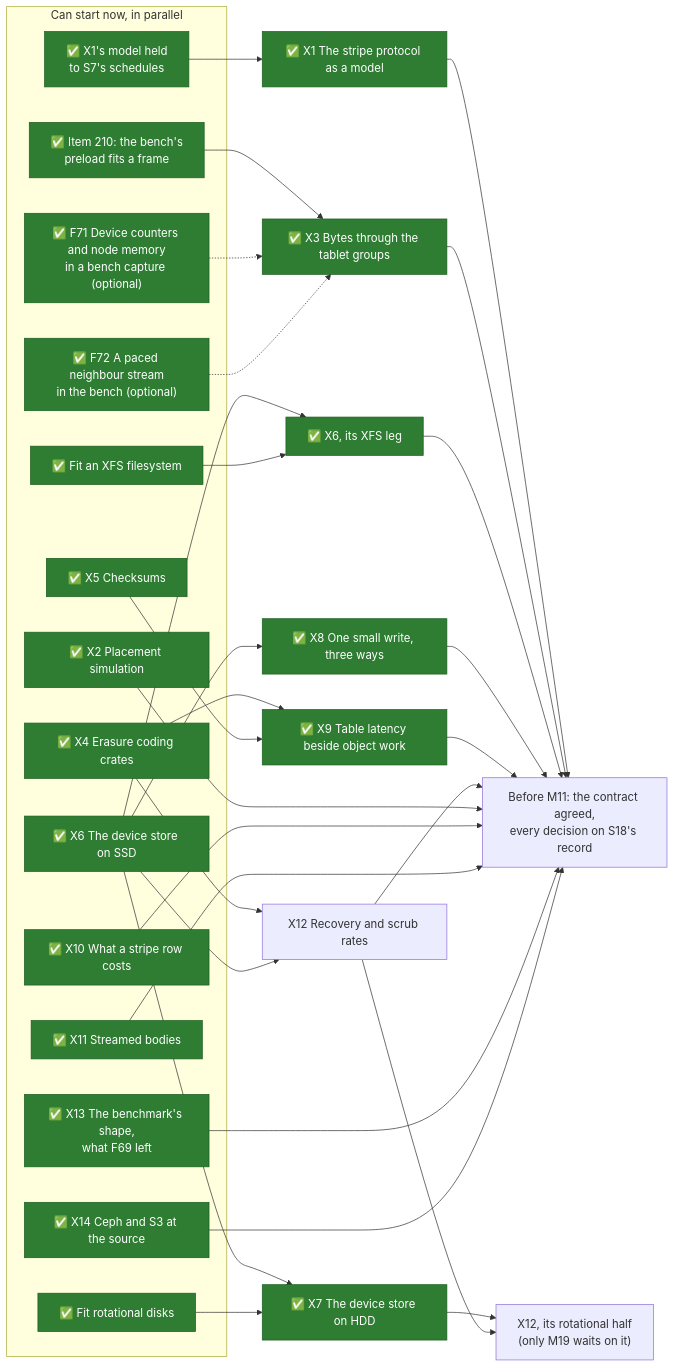
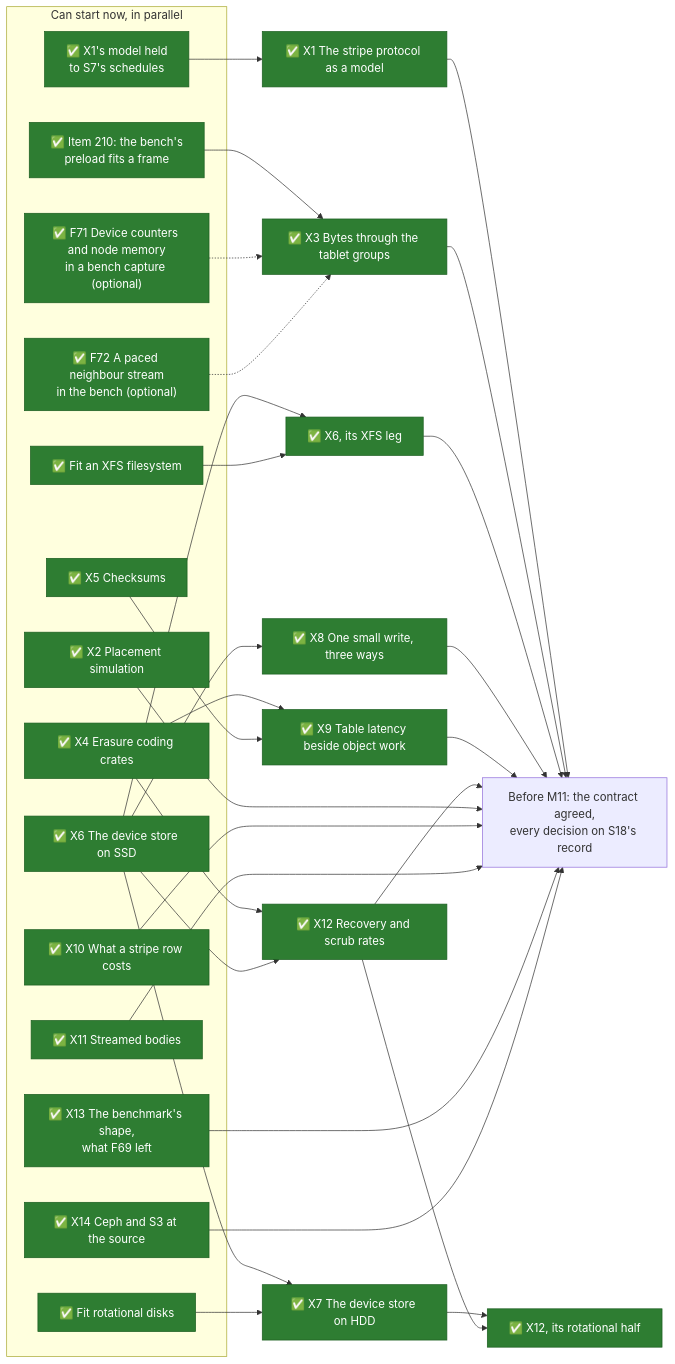
The first of 2 diagrams in docs/src/object-storage/whats-left-todo.md (mjcarson/shoal), drawn with Mermaid before and after one commit. The commit also changed other lines of this file and 190 other files, not shown here.

````diff
--- a/docs/src/object-storage/whats-left-todo.md
+++ b/docs/src/object-storage/whats-left-todo.md
@@ -36,56 +38,56 @@
 ```mermaid
 flowchart LR
     classDef done fill:#2e7d32,stroke:#1b5e20,color:#ffffff
     classDef optional stroke-dasharray: 5 5
     subgraph now["Can start now, in parallel"]
         R1["✅ X1's model held<br>to S7's schedules"]:::done
         R2["✅ Item 210: the bench's<br>preload fits a frame"]:::done
         XFS["✅ Fit an XFS filesystem"]:::done
         Disks["✅ Fit rotational disks"]:::done
         X2["✅ X2 Placement simulation"]:::done
         X4["✅ X4 Erasure coding crates"]:::done
         X5["✅ X5 Checksums"]:::done
         X6["✅ X6 The device store on SSD"]:::done
         X10["✅ X10 What a stripe row costs"]:::done
         X11["✅ X11 Streamed bodies"]:::done
         X13["✅ X13 The benchmark's shape,<br>what F69 left"]:::done
         X14["✅ X14 Ceph and S3 at the source"]:::done
         Counters["✅ F71 Device counters and node memory<br>in a bench capture (optional)"]:::done
         Neighbour["✅ F72 A paced neighbour stream<br>in the bench (optional)"]:::done
     end
     X1["✅ X1 The stripe protocol as a model"]:::done
     X3["✅ X3 Bytes through the tablet groups"]:::done
     X6x["✅ X6, its XFS leg"]:::done
     X7["✅ X7 The device store on HDD"]:::done
     X8["✅ X8 One small write, three ways"]:::done
     X9["✅ X9 Table latency beside object work"]:::done
-    X12["X12 Recovery and scrub rates"]
-    X12r["X12, its rotational half<br>(only M19 waits on it)"]
+    X12["✅ X12 Recovery and scrub rates"]:::done
+    X12r["✅ X12, its rotational half"]:::done
     Gate["Before M11: the contract agreed,<br>every decision on S18's record"]
     R1 --> X1
     R2 --> X3
     X6 --> X6x
     XFS --> X6x
     X6 --> X7
     Disks --> X7
     X6 --> X8
     X4 --> X9
     X5 --> X9
     X4 --> X12
     X6 --> X12
     X7 --> X12r
     X12 --> X12r
     Counters -.-> X3
     Neighbour -.-> X3
     X1 --> Gate
     X3 --> Gate
     X6x --> Gate
     X8 --> Gate
     X9 --> Gate
     X12 --> Gate
     X2 ---> Gate
     X10 ---> Gate
     X11 ---> Gate
     X13 ---> Gate
     X14 ---> Gate
 ```
````
